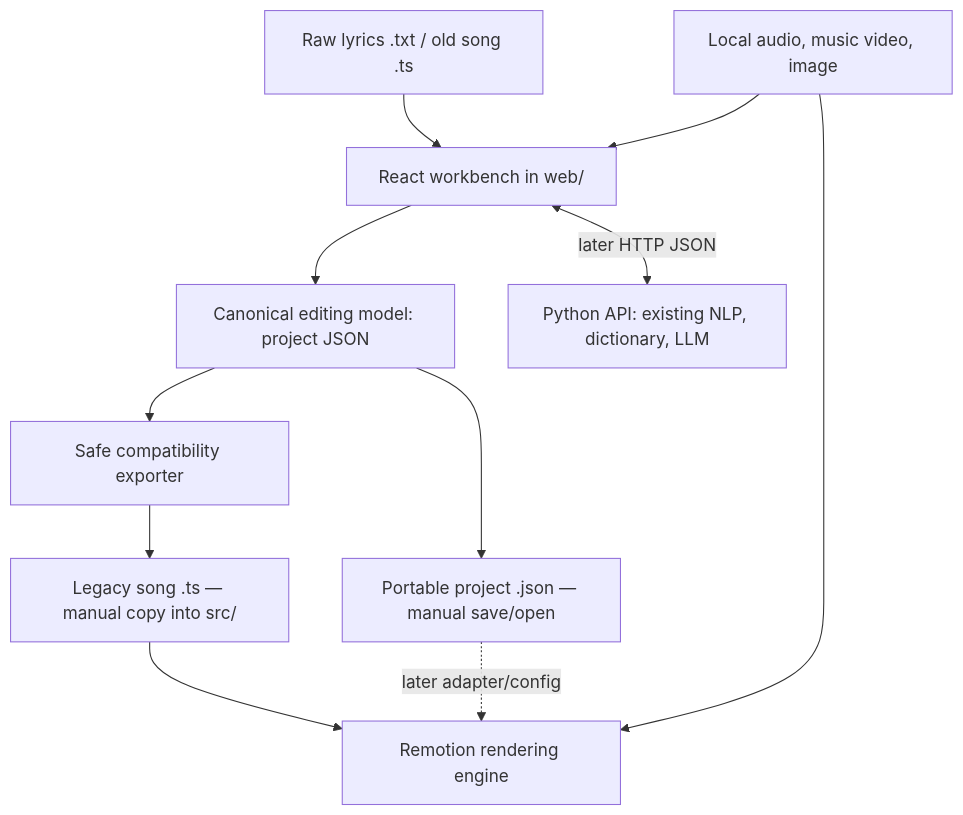
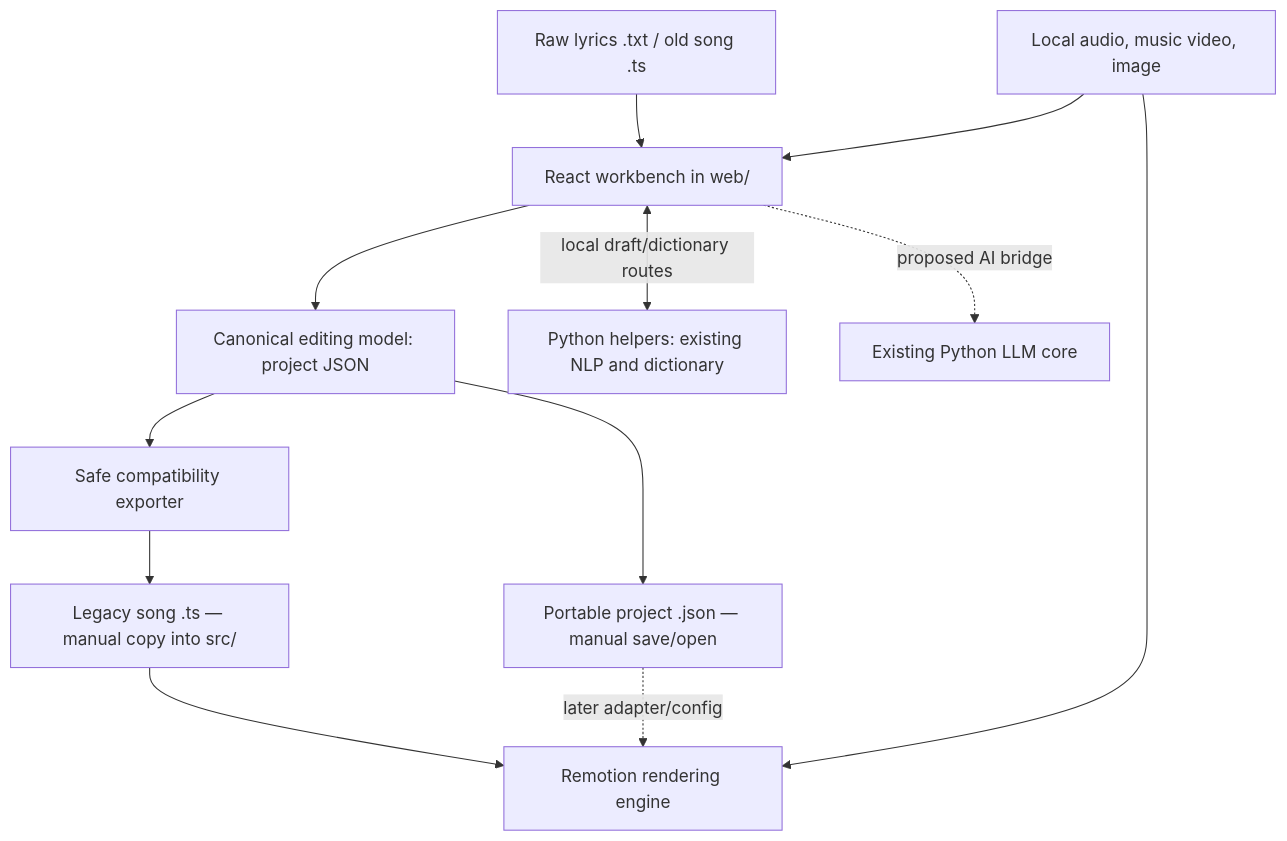
Before and after one commit to hckr/chinese-lyric-video: the diagram in agent-docs/react-workbench/ARCHITECTURE.md, drawn with Mermaid. The commit also changed other lines of this file and 21 other files, not shown here.

````diff
--- a/agent-docs/react-workbench/ARCHITECTURE.md
+++ b/agent-docs/react-workbench/ARCHITECTURE.md
@@ -5,13 +5,14 @@
 ```mermaid
 flowchart TD
   A[Raw lyrics .txt / old song .ts] --> B[React workbench in web/]
   B --> S[Canonical editing model: project JSON]
-  B <-->|later HTTP JSON| P[Python API: existing NLP, dictionary, LLM]
+  B <-->|local draft/dictionary routes| P[Python helpers: existing NLP and dictionary]
+  B -. proposed AI bridge .-> L[Existing Python LLM core]
   S --> G[Safe compatibility exporter]
   G --> T[Legacy song .ts — manual copy into src/]
   S --> J[Portable project .json — manual save/open]
   T --> R[Remotion rendering engine]
   J -. later adapter/config .-> R
   M[Local audio, music video, image] --> B
   M --> R
 ```
````
